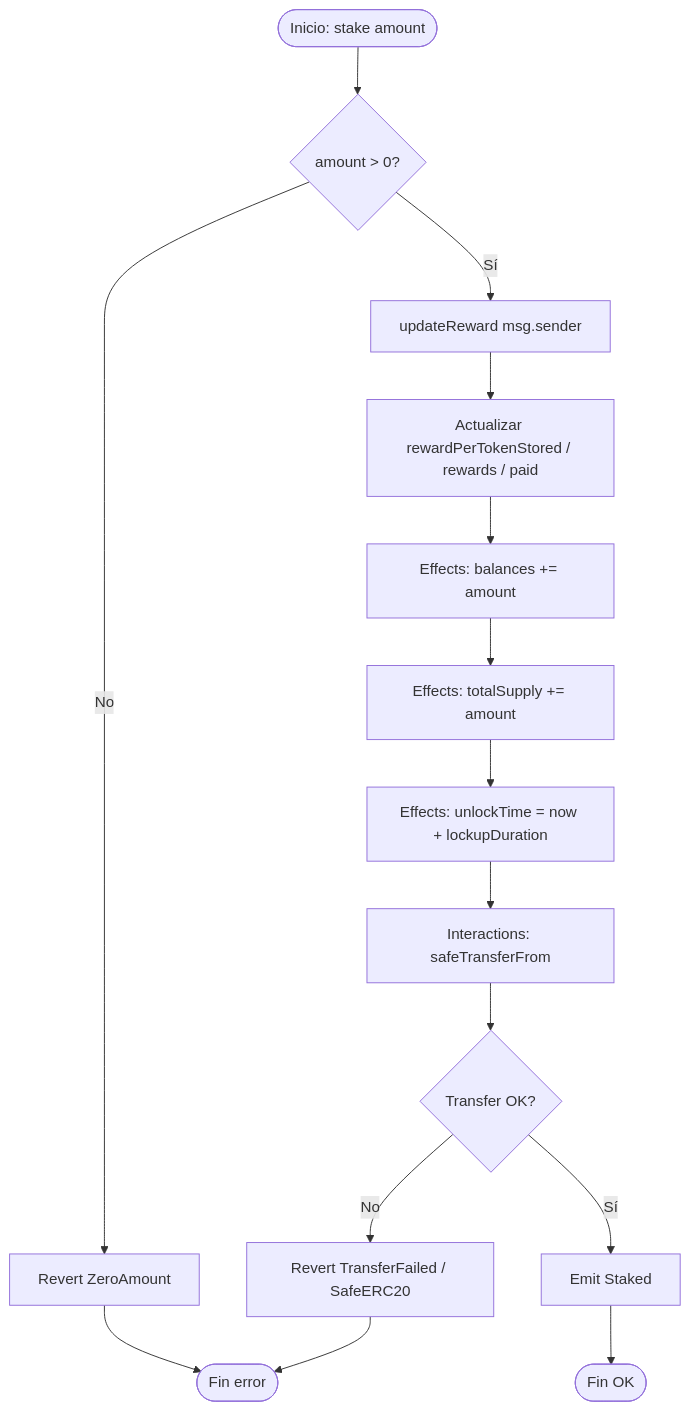
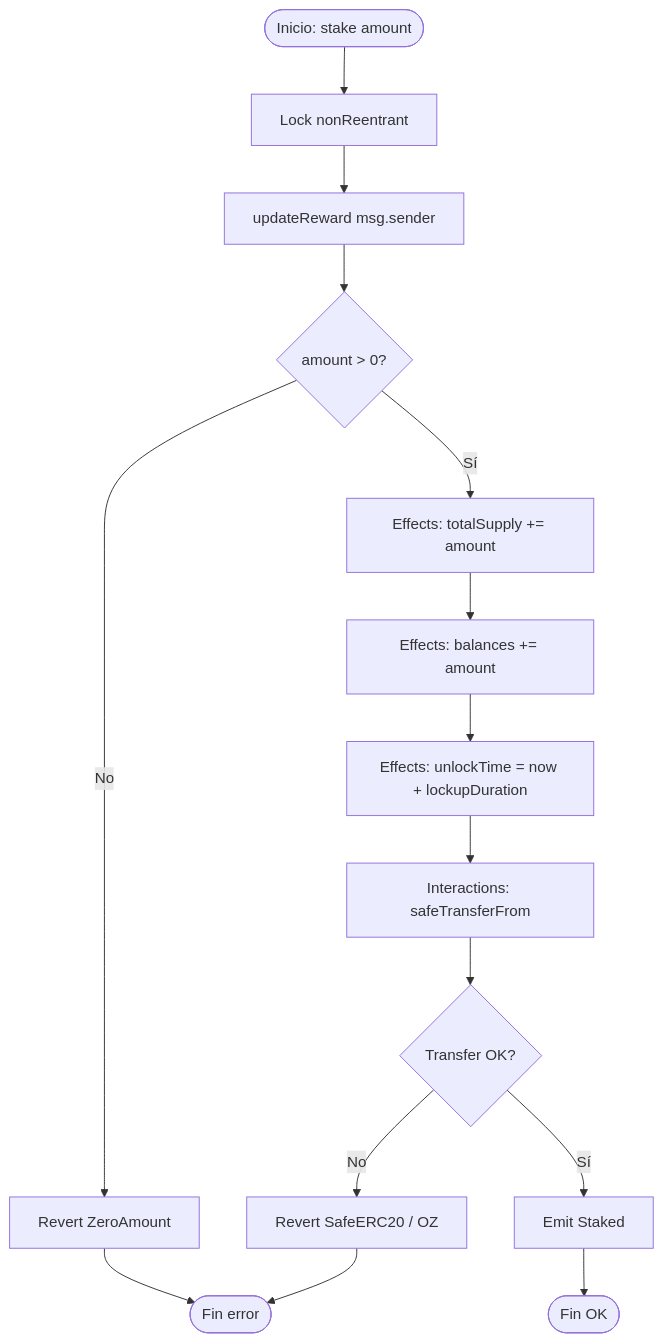
One commit to rastrahm/staking changed the first of 10 diagrams in doc/03-flujograma.md. Above: the diagram before and after it, drawn with Mermaid. The commit also changed other lines of this file and 9 other files, not shown here.

````diff
--- a/doc/03-flujograma.md
+++ b/doc/03-flujograma.md
@@ -9,17 +11,17 @@
 ```mermaid
 flowchart TD
-    A([Inicio: stake amount]) --> B{amount > 0?}
-    B -->|No| C[Revert ZeroAmount]
-    C --> Z([Fin error])
-    B -->|Sí| D[updateReward msg.sender]
-    D --> E[Actualizar rewardPerTokenStored / rewards / paid]
-    E --> F[Effects: balances += amount]
-    F --> G[Effects: totalSupply += amount]
+    A([Inicio: stake amount]) --> B[Lock nonReentrant]
+    B --> C[updateReward msg.sender]
+    C --> D{amount > 0?}
+    D -->|No| E[Revert ZeroAmount]
+    E --> Z([Fin error])
+    D -->|Sí| F[Effects: totalSupply += amount]
+    F --> G[Effects: balances += amount]
     G --> H[Effects: unlockTime = now + lockupDuration]
     H --> I[Interactions: safeTransferFrom]
     I --> J{Transfer OK?}
-    J -->|No| K[Revert TransferFailed / SafeERC20]
+    J -->|No| K[Revert SafeERC20 / OZ]
     K --> Z
     J -->|Sí| L[Emit Staked]
     L --> M([Fin OK])
 ```
````
